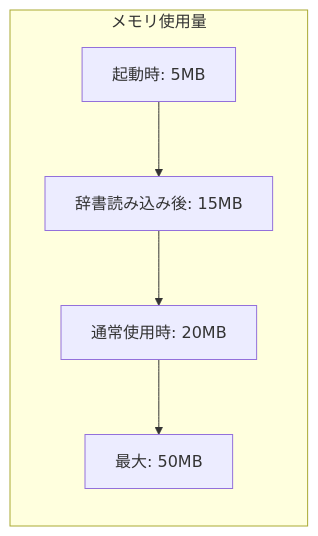
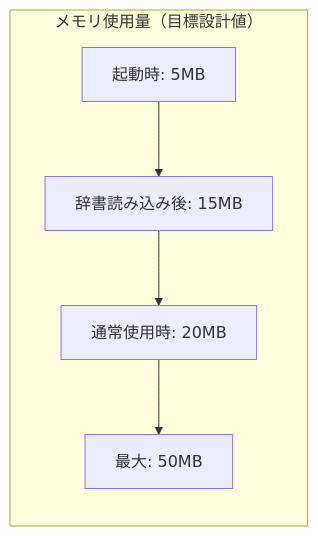
The eighth of 10 diagrams in docs/explanation/architecture-v0.1.md (takeokunn/nskk.el), drawn with Mermaid before and after one commit. The commit also changed other lines of this file and 300 other files, not shown here.

````diff
--- a/docs/explanation/architecture-v0.1.md
+++ b/docs/explanation/architecture-v0.1.md
@@ -674,13 +674,13 @@
 ```mermaid
 graph LR
-    subgraph "メモリ使用量"
+    subgraph "メモリ使用量（目標設計値）"
         MEM1[起動時: 5MB]
         MEM2[辞書読み込み後: 15MB]
         MEM3[通常使用時: 20MB]
         MEM4[最大: 50MB]
     end
 
     MEM1 --> MEM2
     MEM2 --> MEM3
     MEM3 --> MEM4
 ```
````
